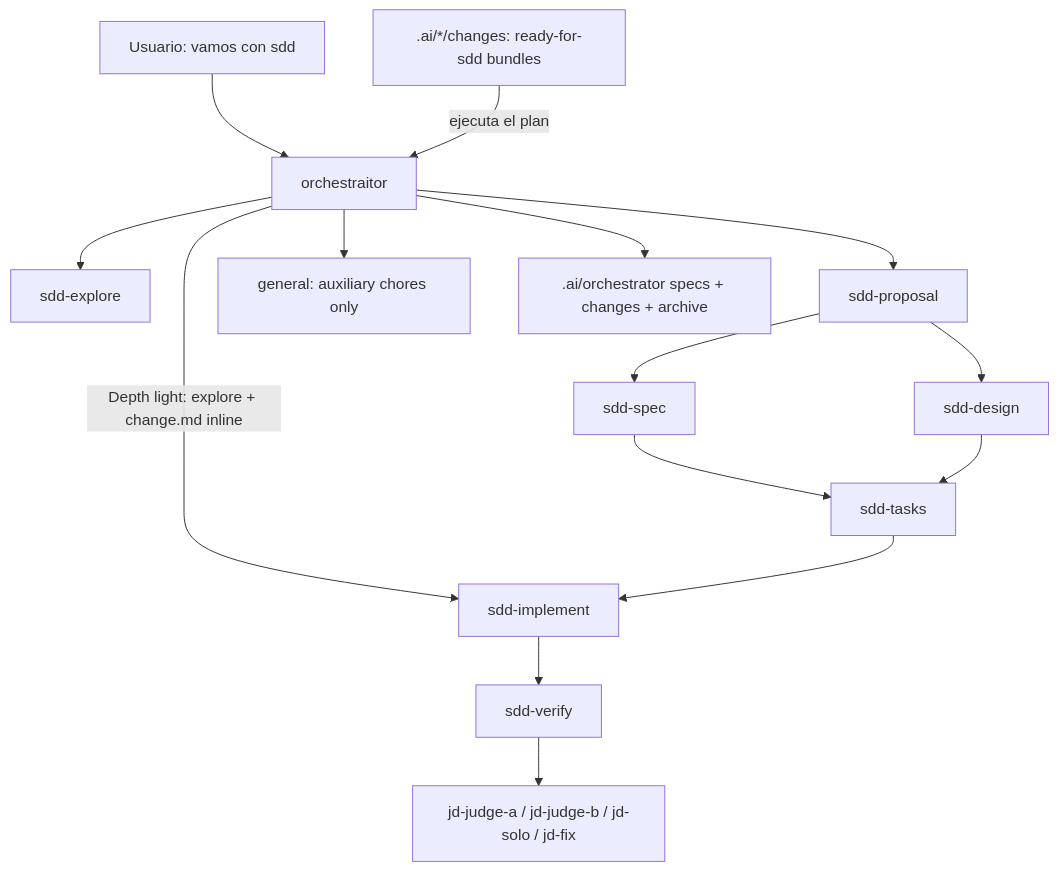
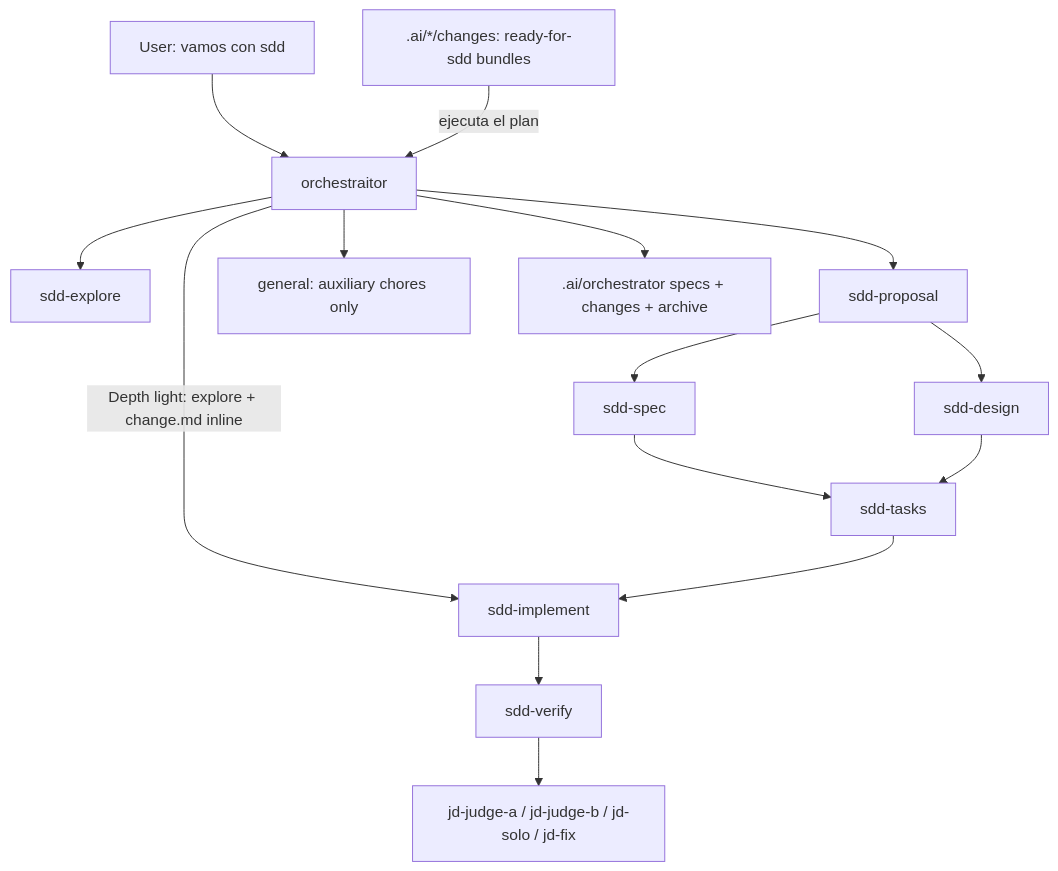
The first of 2 diagrams in domains/sdd/README.md (andresnator/agents-orchestrator), drawn with Mermaid before and after one commit. The commit also changed other lines of this file and 11 other files, not shown here.

````diff
--- a/domains/sdd/README.md
+++ b/domains/sdd/README.md
@@ -48,17 +48,17 @@
 ```mermaid
 graph TD
-  user[Usuario: vamos con sdd] --> orch[orchestraitor]
+  user[User: vamos con sdd] --> orch[orchestraitor]
   intake[".ai/*/changes: ready-for-sdd bundles"] -->|ejecuta el plan| orch
   orch --> explore[sdd-explore]
   orch -->|Depth light: explore + change.md inline| implement
   orch --> proposal[sdd-proposal]
   proposal --> spec[sdd-spec]
   proposal --> design[sdd-design]
   spec --> tasks[sdd-tasks]
   design --> tasks
   tasks --> implement[sdd-implement]
   implement --> verify[sdd-verify]
   verify --> jd[jd-judge-a / jd-judge-b / jd-solo / jd-fix]
   orch --> aux[general: auxiliary chores only]
   orch --> files[.ai/orchestrator specs + changes + archive]
 ```
````
